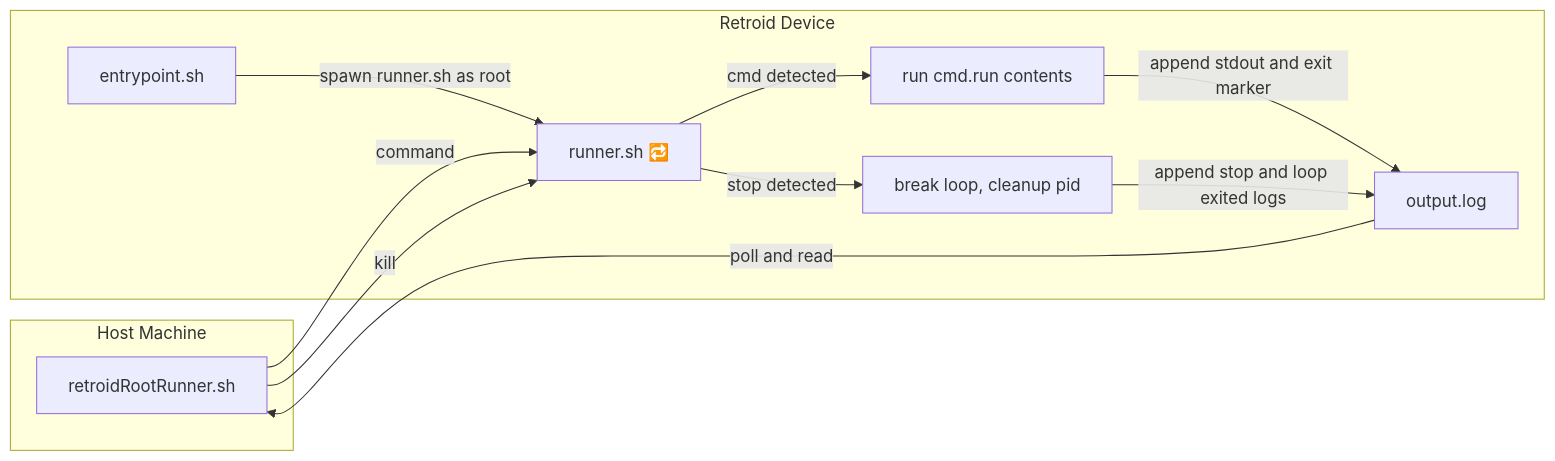
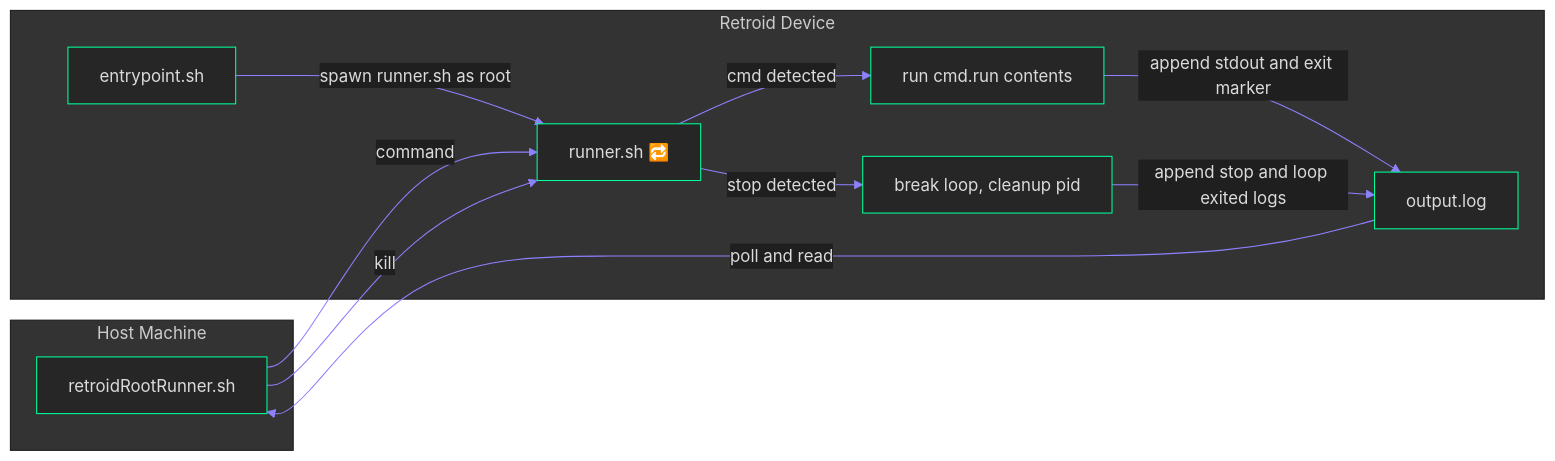
One commit to tonytwostep/retroidRootRunner changed the diagram in README.md. Above: the diagram before and after it, drawn with Mermaid. The commit also changed other lines of this file, not shown here.

Commit message:
mermaid theming, md formatting

````diff
--- a/README.md
+++ b/README.md
@@ -81,24 +80,35 @@
 ```mermaid
+%%{init: {
+  'theme': 'base',
+  'themeVariables': {
+    'primaryColor': '#262626',
+    'primaryTextColor': '#dbdbdb',
+    'primaryBorderColor': '#00ff99',
+    'lineColor': '#8d81ff',
+    'secondaryColor': '#1f1f1f',
+    'tertiaryColor': '#333'
+  }
+}}%%
 flowchart LR
   subgraph HOST[Host Machine]
     H[retroidRootRunner.sh]
   end
 
   subgraph DEVICE[Retroid Device]
     E[entrypoint.sh]
     R[runner.sh 🔁]
     C[run cmd.run contents]
     K[break loop, cleanup pid]
     O[output.log]
 
     E -->|spawn runner.sh as root| R
     R -->|cmd detected| C
     R -->|stop detected| K
     C -->|append stdout and exit marker| O
     K -->|append stop and loop exited logs| O
   end
 
   H -->|command| R
   H -->|kill| R
   O -->|poll and read| H
 ```
````
